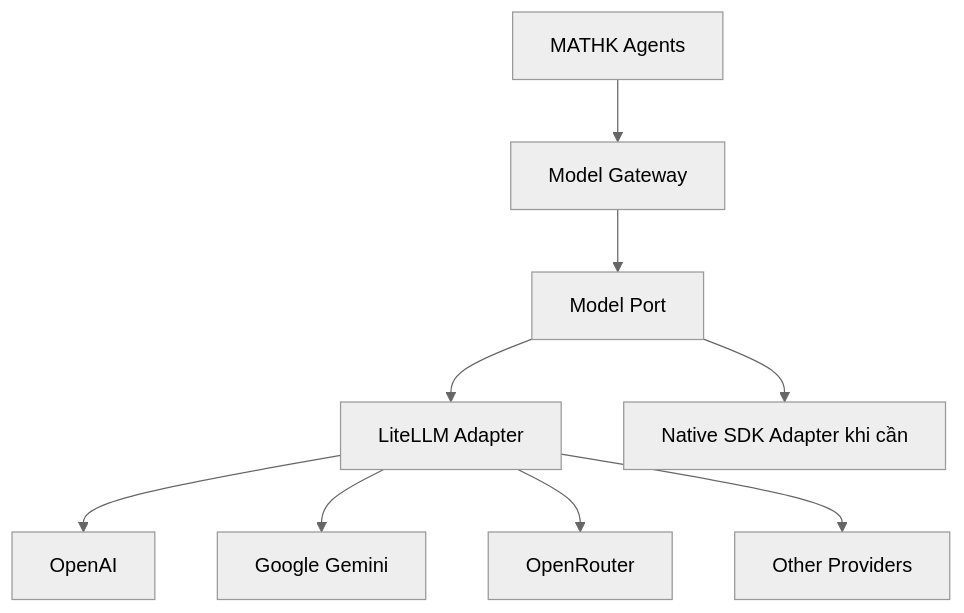
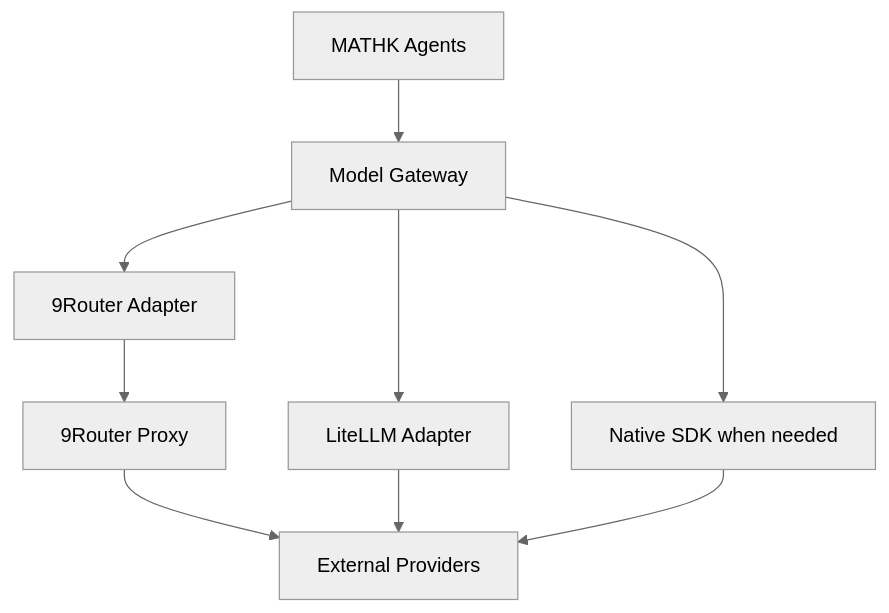
One commit to kienng221105/MathAgents_MATHK changed diagram 14 of 37 in docs/03_SYSTEM_DESIGN.md. Above: the diagram before and after it, drawn with Mermaid (neutral theme). The commit also changed other lines of this file, not shown here.

Commit message:
docs: approve five-agent design and 9Router integration v0.5

````diff
--- a/docs/03_SYSTEM_DESIGN.md
+++ b/docs/03_SYSTEM_DESIGN.md
@@ -500,11 +501,11 @@
 ```mermaid
 flowchart TD
  A["MATHK Agents"] --> G["Model Gateway"]
- G --> I["Model Port"]
- I --> L["LiteLLM Adapter"]
- L --> O["OpenAI"]
- L --> P["Google Gemini"]
- L --> R["OpenRouter"]
- L --> X["Other Providers"]
- I --> N["Native SDK Adapter khi cần"]
+ G --> R["9Router Adapter"]
+ G --> L["LiteLLM Adapter"]
+ R --> X["9Router Proxy"]
+ X --> P["External Providers"]
+ L --> P
+ G --> N["Native SDK when needed"]
+ N --> P
 ```
````
